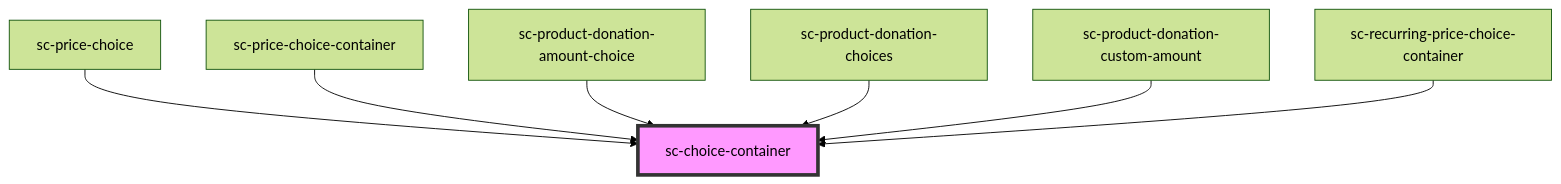
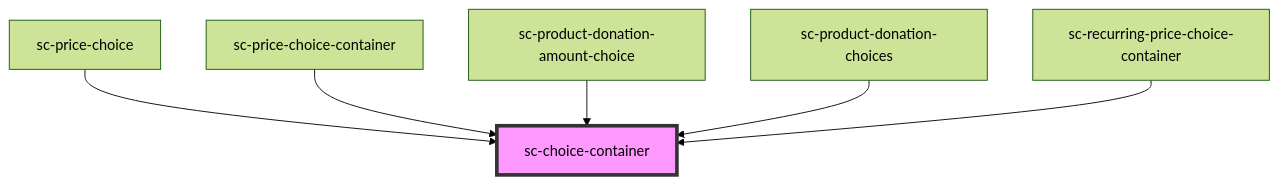
One commit to surecart/surecart-wp-plugin changed the diagram in packages/components/src/components/ui/choice-container/readme.md. Above: the diagram before and after it, drawn with Mermaid (forest theme). The commit also changed other lines of this file and 8 other files, not shown here.

Commit message:
Added Rich Text to edit the Donation amount text

````diff
--- a/packages/components/src/components/ui/choice-container/readme.md
+++ b/packages/components/src/components/ui/choice-container/readme.md
@@ -98,10 +97,9 @@
 ```mermaid
 graph TD;
   sc-price-choice --> sc-choice-container
   sc-price-choice-container --> sc-choice-container
   sc-product-donation-amount-choice --> sc-choice-container
   sc-product-donation-choices --> sc-choice-container
-  sc-product-donation-custom-amount --> sc-choice-container
   sc-recurring-price-choice-container --> sc-choice-container
   style sc-choice-container fill:#f9f,stroke:#333,stroke-width:4px
 ```
````
